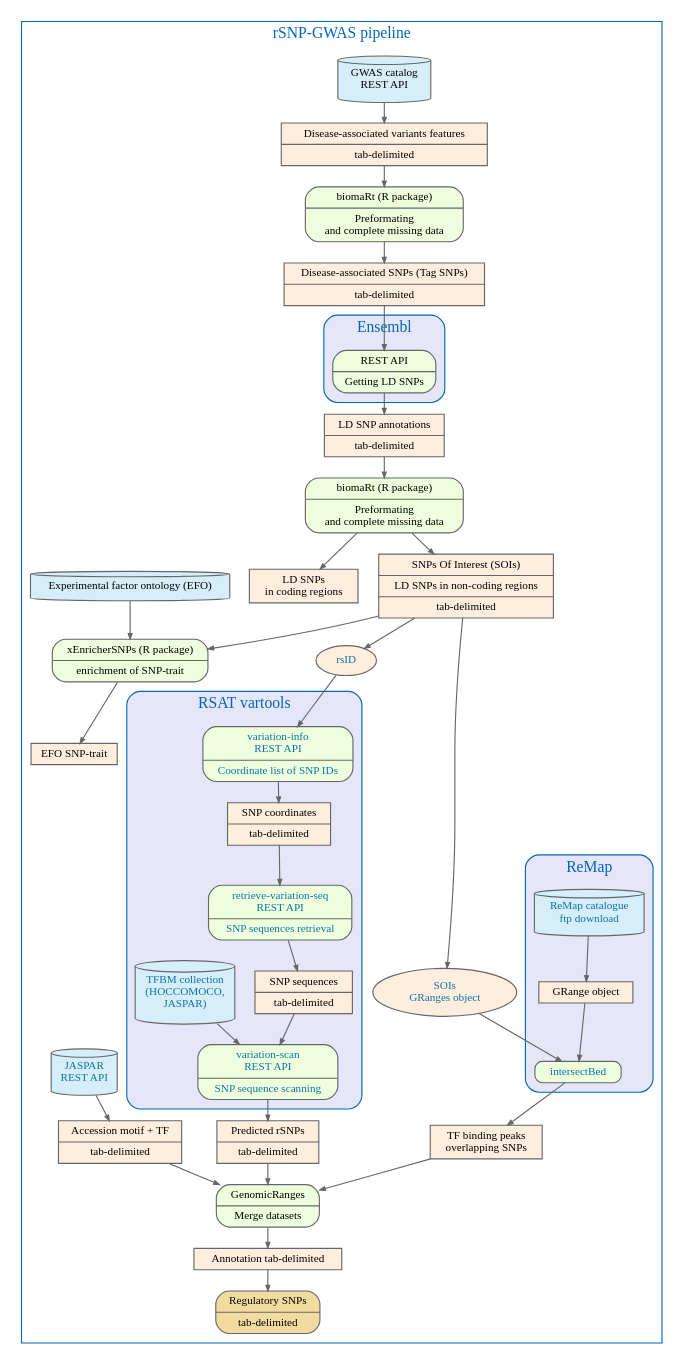
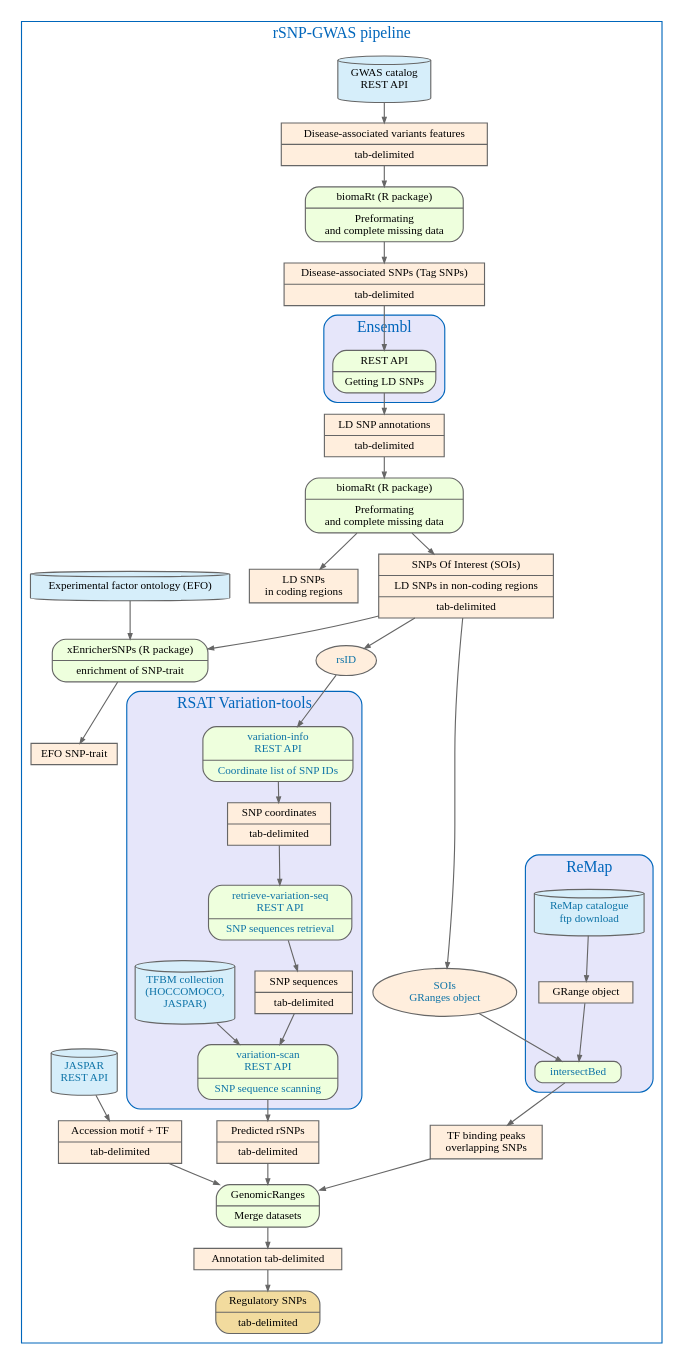
The diagram in cisreg-GWAS_wf/flowchart/cisreg-GWAS.dot (YvonFrid/cisreg-GWAS), drawn with Graphviz before and after one commit.

Commit message:
Changement of RSAT vartools by RSAT Variation-tools in the cisreg-GWAS.dot file

```diff
--- a/cisreg-GWAS_wf/flowchart/cisreg-GWAS.dot
+++ b/cisreg-GWAS_wf/flowchart/cisreg-GWAS.dot
@@ -120,7 +120,7 @@
 	subgraph cluster_5 {
 		color = "#0066BB";
 		bgcolor = "#E6E6FA";
-		label  =  "RSAT vartools";
+		label  =  "RSAT Variation-tools";
 		style = "rounded";
 	
 	## variation-info
```
